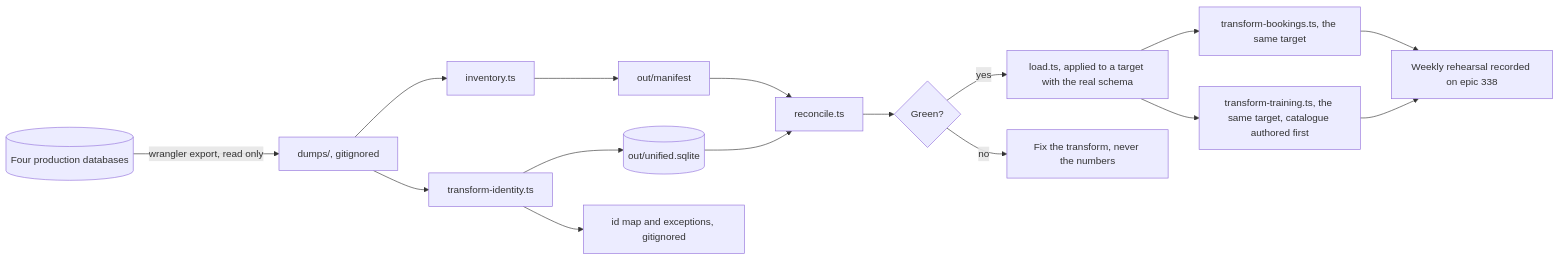
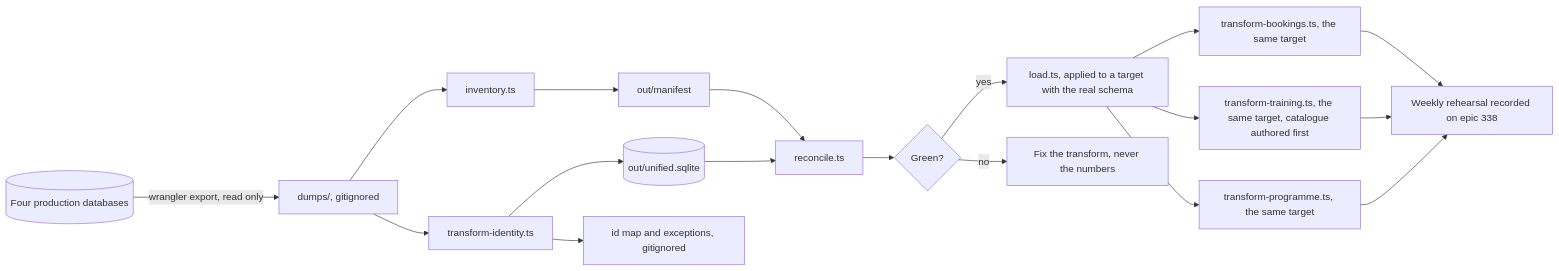
The diagram in migration/README.md (newtheatre/proscenium), drawn with Mermaid before and after one commit. The commit also changed other lines of this file and 4 other files, not shown here.

````diff
--- a/migration/README.md
+++ b/migration/README.md
@@ -14,17 +14,19 @@
 ```mermaid
 flowchart LR
   P[(Four production databases)] -- wrangler export, read only --> D[dumps/, gitignored]
   D --> I[inventory.ts] --> M[out/manifest]
   D --> T[transform-identity.ts]
   T --> U[(out/unified.sqlite)]
   T --> X[id map and exceptions, gitignored]
   M --> R[reconcile.ts]
   U --> R
   R --> G{Green?}
   G -- yes --> L[load.ts, applied to a target with the real schema]
   L --> B[transform-bookings.ts, the same target]
   L --> TR[transform-training.ts, the same target, catalogue authored first]
+  L --> N[transform-programme.ts, the same target]
   B --> W[Weekly rehearsal recorded on epic 338]
   TR --> W
+  N --> W
   G -- no --> F[Fix the transform, never the numbers]
 ```
````
